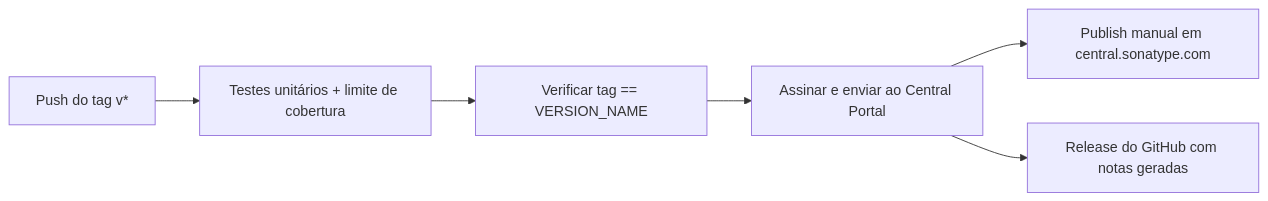
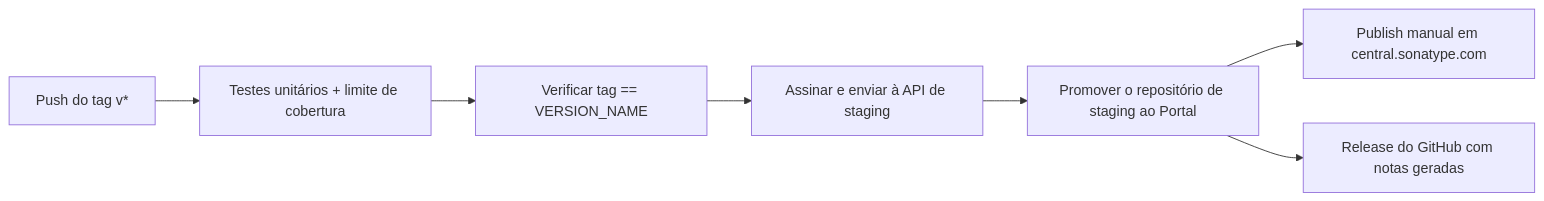
One commit to DEV1-Softworks/openpay-android changed the second of 2 diagrams in docs/pt/ci.md. Above: the diagram before and after it, drawn with Mermaid. The commit also changed other lines of this file and 4 other files, not shown here.

First line of the commit message:
fix: promote the staging repository to the Central Portal during CD

````diff
--- a/docs/pt/ci.md
+++ b/docs/pt/ci.md
@@ -54,8 +54,9 @@
 ```mermaid
 flowchart LR
     A[Push do tag v*] --> B[Testes unitários + limite de cobertura]
     B --> C[Verificar tag == VERSION_NAME]
-    C --> D[Assinar e enviar ao Central Portal]
-    D --> E[Publish manual em central.sonatype.com]
-    D --> F[Release do GitHub com notas geradas]
+    C --> D[Assinar e enviar à API de staging]
+    D --> E[Promover o repositório de staging ao Portal]
+    E --> F[Publish manual em central.sonatype.com]
+    E --> G[Release do GitHub com notas geradas]
 ```
````
